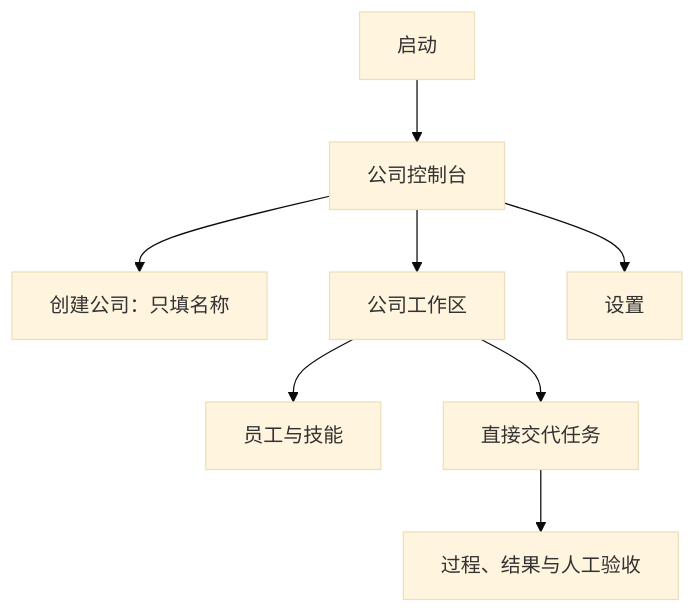
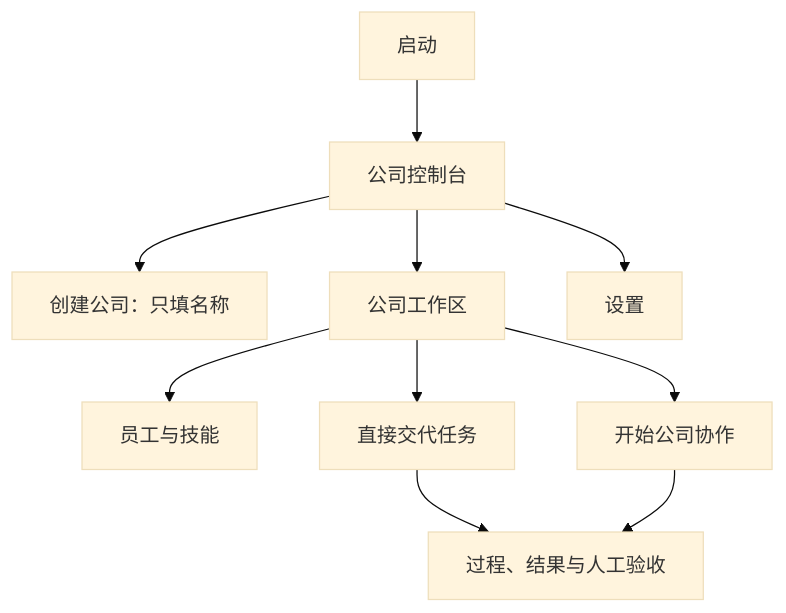
The first of 2 diagrams in docs/07-ui/Information-Architecture.md (banyueban/ai-corporation), drawn with Mermaid (base theme) before and after one commit. The commit also changed other lines of this file and 14 other files, not shown here.

````diff
--- a/docs/07-ui/Information-Architecture.md
+++ b/docs/07-ui/Information-Architecture.md
@@ -11,10 +11,12 @@
 ```mermaid
 flowchart TD
     START["启动"] --> DASH["公司控制台"]
     DASH --> CREATE["创建公司：只填名称"]
     DASH --> COMPANY["公司工作区"]
     COMPANY --> EMPLOYEE["员工与技能"]
     COMPANY --> TASK["直接交代任务"]
+    COMPANY --> COLLAB["开始公司协作"]
     TASK --> DELIVERY["过程、结果与人工验收"]
+    COLLAB --> DELIVERY
     DASH --> SETTINGS["设置"]
 ```
````
